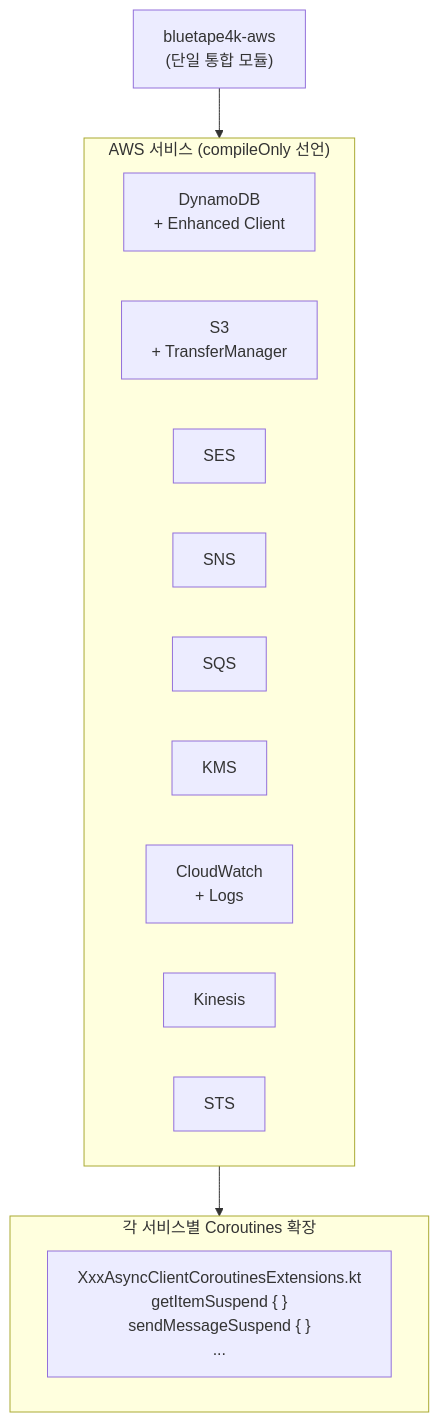
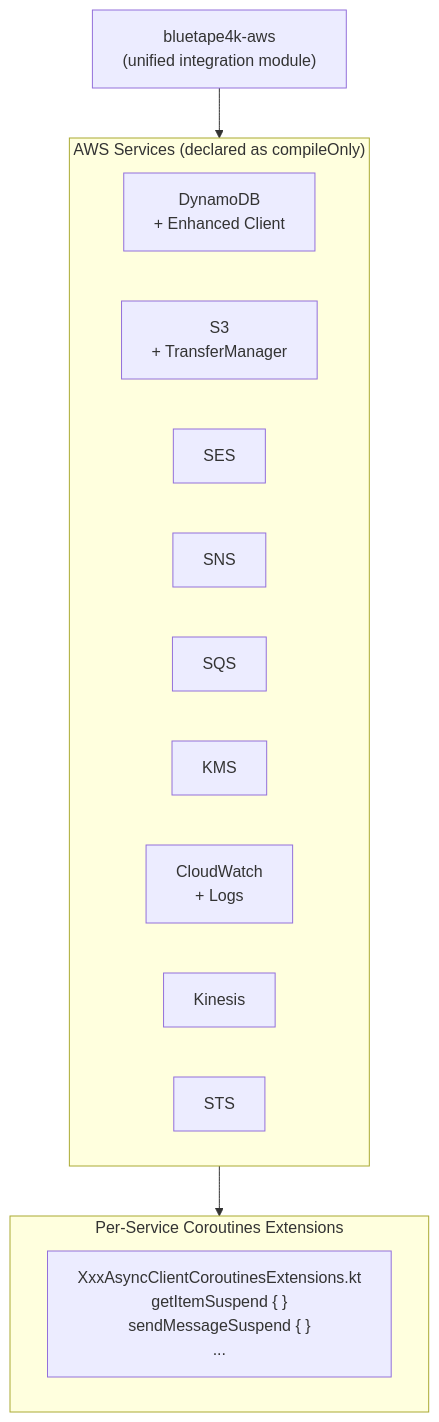
One commit to bluetape4k/bluetape4k-projects changed the third of 3 diagrams in aws/aws/README.md. Above: the diagram before and after it, drawn with Mermaid. The commit also changed other lines of this file and 265 other files, not shown here.

````diff
--- a/aws/aws/README.md
+++ b/aws/aws/README.md
@@ -160,23 +162,23 @@
 ```mermaid
 flowchart TD
-    MOD["bluetape4k-aws<br/>(단일 통합 모듈)"]
+    MOD["bluetape4k-aws<br/>(unified integration module)"]
 
-    subgraph 서비스["AWS 서비스 (compileOnly 선언)"]
+    subgraph Services["AWS Services (declared as compileOnly)"]
         DDB["DynamoDB<br/>+ Enhanced Client"]
         S3["S3<br/>+ TransferManager"]
         SES["SES"]
         SNS["SNS"]
         SQS["SQS"]
         KMS["KMS"]
         CW["CloudWatch<br/>+ Logs"]
         KIN["Kinesis"]
         STS["STS"]
     end
 
-    subgraph 확장["각 서비스별 Coroutines 확장"]
+    subgraph Extensions["Per-Service Coroutines Extensions"]
         EXT["XxxAsyncClientCoroutinesExtensions.kt<br/>getItemSuspend { }<br/>sendMessageSuspend { }<br/>..."]
     end
 
-    MOD --> 서비스
-    서비스 --> 확장
+    MOD --> Services
+    Services --> Extensions
 ```
````
